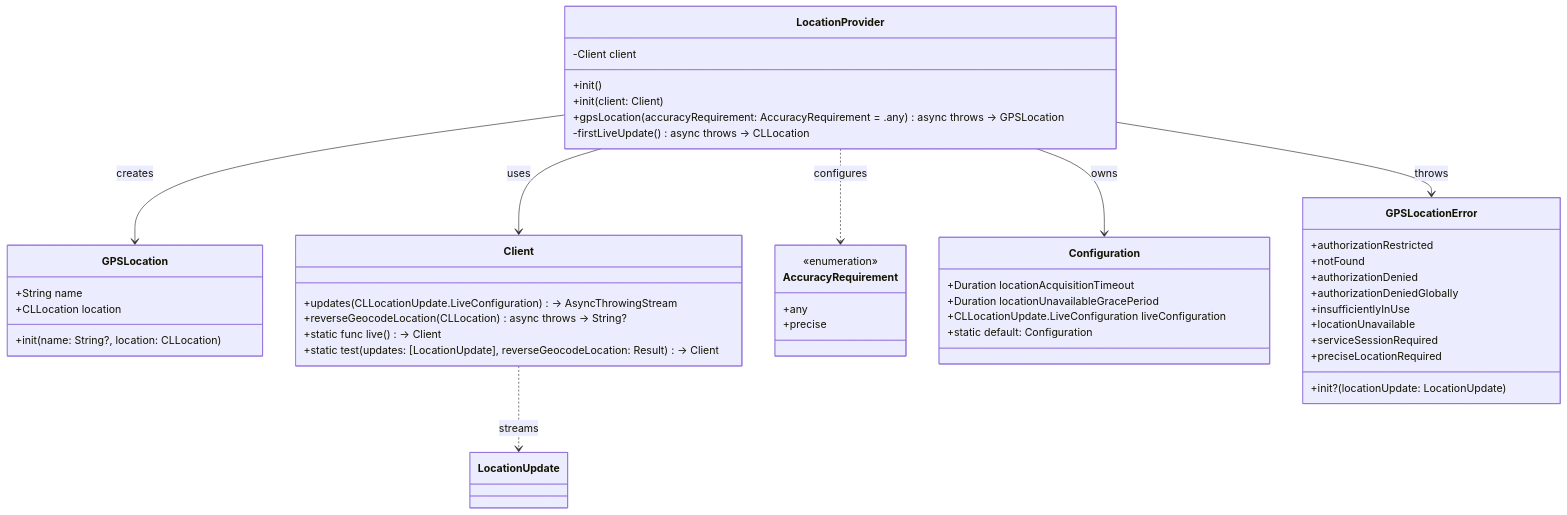
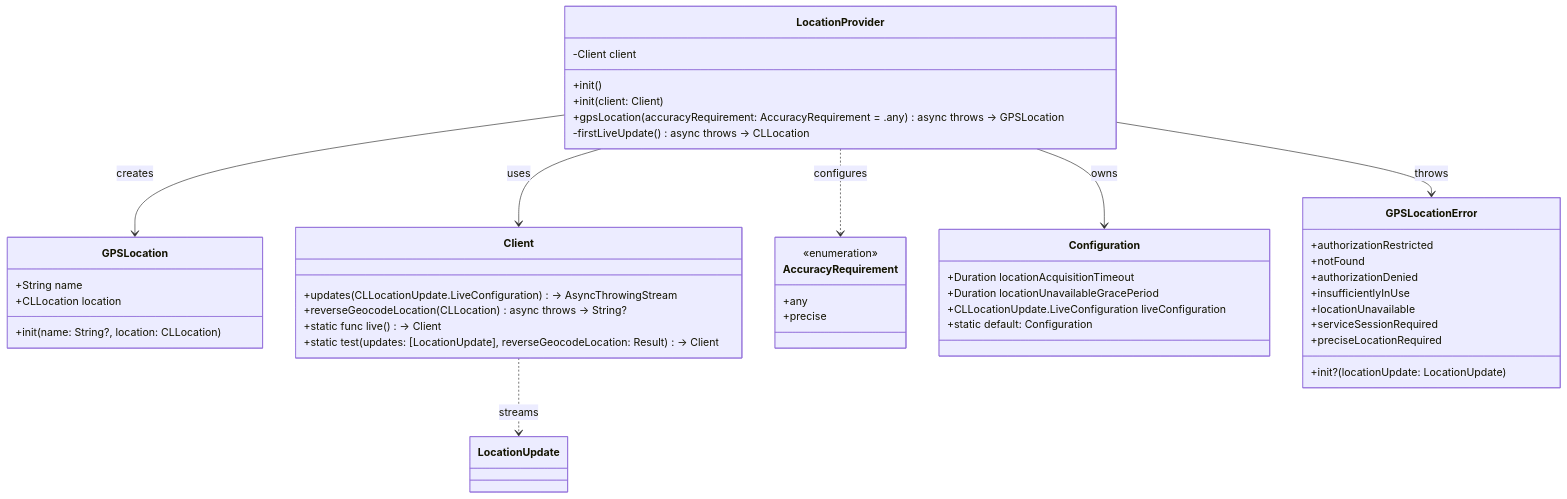
Before and after one commit to kraigspear/LocationProvider: the first of 3 diagrams in Technical.md, drawn with Mermaid. The commit also changed other lines of this file and 10 other files, not shown here.

````diff
--- a/Technical.md
+++ b/Technical.md
@@ -11,55 +11,54 @@
 ```mermaid
 classDiagram
     class LocationProvider {
         -Client client
         +init()
         +init(client: Client)
         +gpsLocation(accuracyRequirement: AccuracyRequirement = .any) async throws -> GPSLocation
         -firstLiveUpdate() async throws -> CLLocation
     }
     
     class GPSLocation {
         +String name
         +CLLocation location
         +init(name: String?, location: CLLocation)
     }
     
     class Client {
         +updates(CLLocationUpdate.LiveConfiguration) -> AsyncThrowingStream<LocationUpdate, Error>
         +reverseGeocodeLocation(CLLocation) async throws -> String?
         +static func live() -> Client
         +static test(updates: [LocationUpdate], reverseGeocodeLocation: Result<String?, Error>) -> Client
     }
 
     class AccuracyRequirement {
         <<enumeration>>
         +any
         +precise
     }
 
     class Configuration {
         +Duration locationAcquisitionTimeout
         +Duration locationUnavailableGracePeriod
         +CLLocationUpdate.LiveConfiguration liveConfiguration
         +static default: Configuration
     }
 
     class GPSLocationError {
         +authorizationRestricted
         +notFound
         +authorizationDenied
-        +authorizationDeniedGlobally
         +insufficientlyInUse
         +locationUnavailable
         +serviceSessionRequired
         +preciseLocationRequired
         +init?(locationUpdate: LocationUpdate)
     }
     
     LocationProvider --> Client : uses
     LocationProvider --> GPSLocation : creates
     LocationProvider --> GPSLocationError : throws
     Client ..> LocationUpdate : streams
     LocationProvider ..> AccuracyRequirement : configures
     LocationProvider --> Configuration : owns
 ```
````
